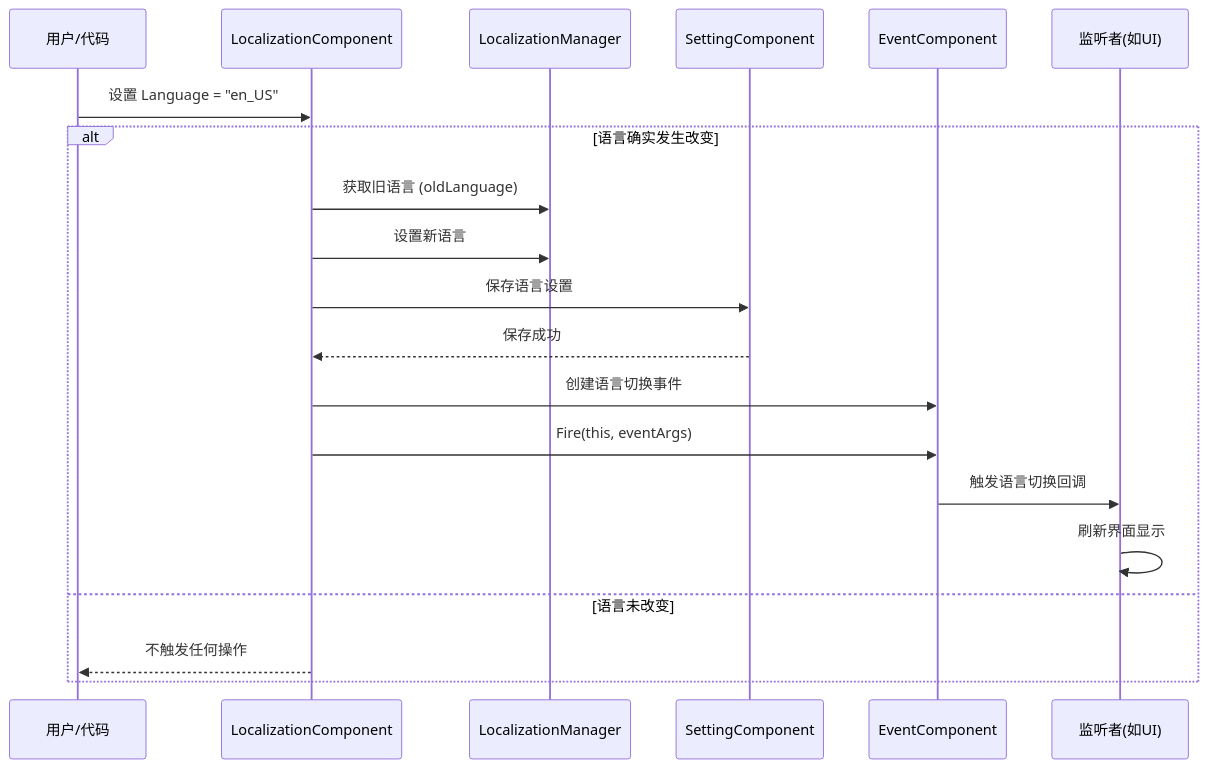
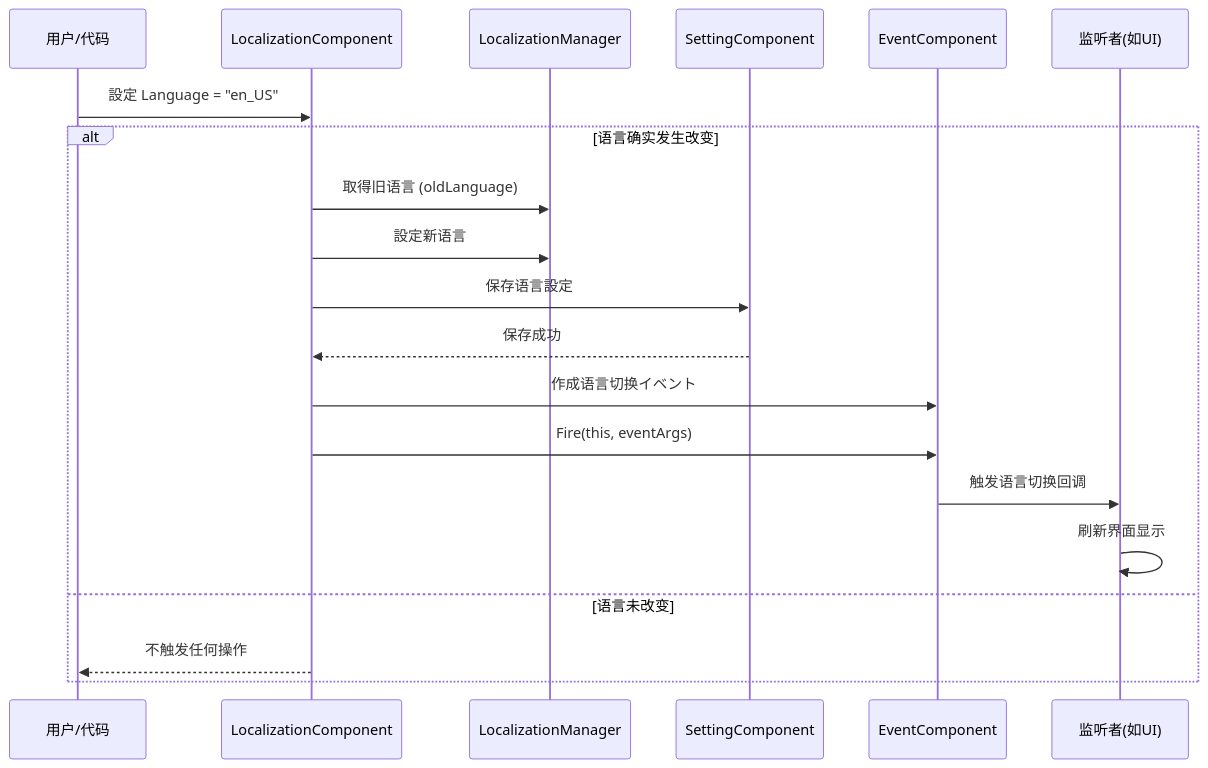
One commit to AlianBlank/GameFrameX.Docs changed the second of 2 diagrams in docs/ja/client/unity/component/localization/06.language-switching.md. Above: the diagram before and after it, drawn with Mermaid. The commit also changed other lines of this file and 603 other files, not shown here.

````diff
--- a/docs/ja/client/unity/component/localization/06.language-switching.md
+++ b/docs/ja/client/unity/component/localization/06.language-switching.md
@@ -52,24 +52,24 @@
 ```mermaid
 sequenceDiagram
     participant User as 用户/代码
     participant LocComp as LocalizationComponent
     participant LocMgr as LocalizationManager
     participant Setting as SettingComponent
     participant Event as EventComponent
     participant Listener as 监听者(如UI)
 
-    User->>LocComp: 设置 Language = "en_US"
+    User->>LocComp: 設定 Language = "en_US"
     
     alt 语言确实发生改变
-        LocComp->>LocMgr: 获取旧语言 (oldLanguage)
-        LocComp->>LocMgr: 设置新语言
-        LocComp->>Setting: 保存语言设置
+        LocComp->>LocMgr: 取得旧语言 (oldLanguage)
+        LocComp->>LocMgr: 設定新语言
+        LocComp->>Setting: 保存语言設定
         Setting-->>LocComp: 保存成功
-        LocComp->>Event: 创建语言切换事件
+        LocComp->>Event: 作成语言切换イベント
         LocComp->>Event: Fire(this, eventArgs)
         Event->>Listener: 触发语言切换回调
         Listener->>Listener: 刷新界面显示
     else 语言未改变
         LocComp-->>User: 不触发任何操作
     end
 ```
````
